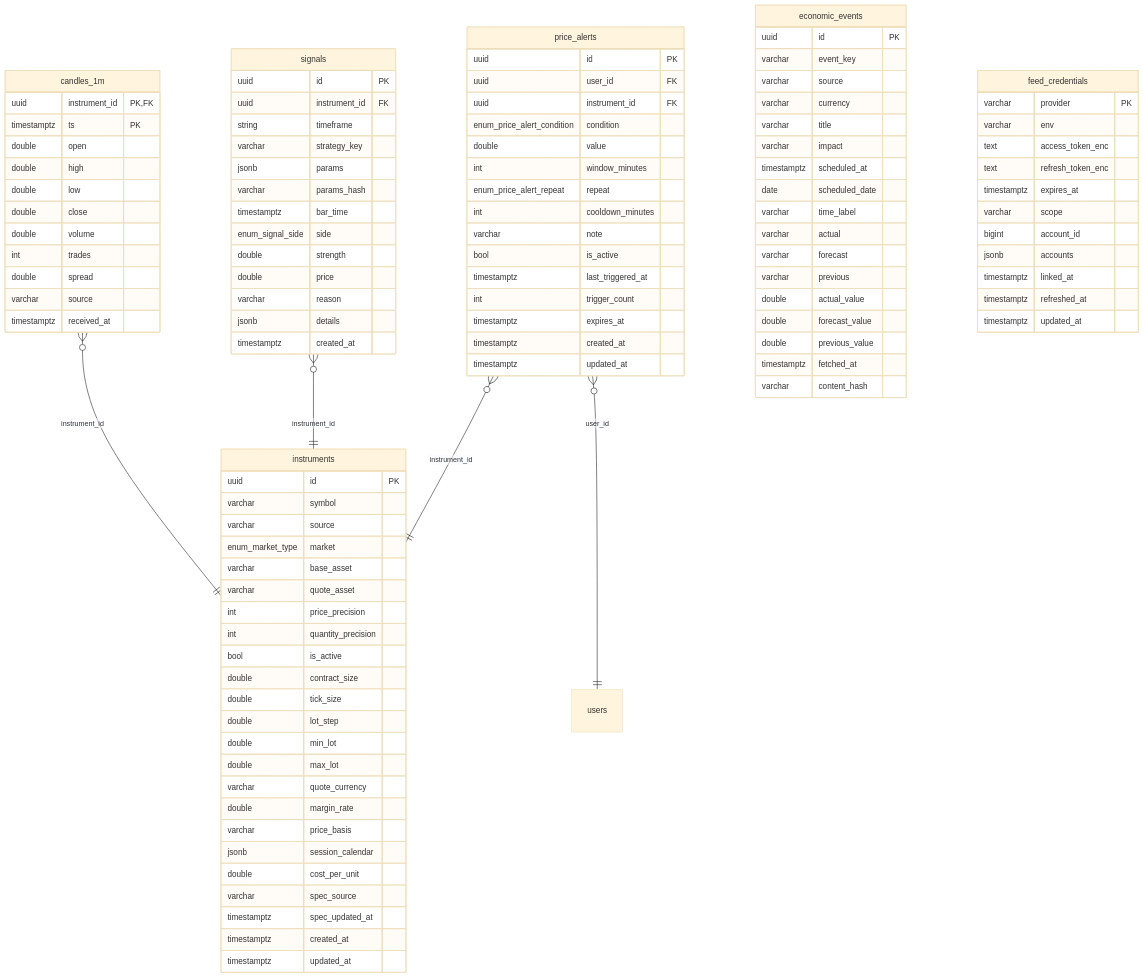
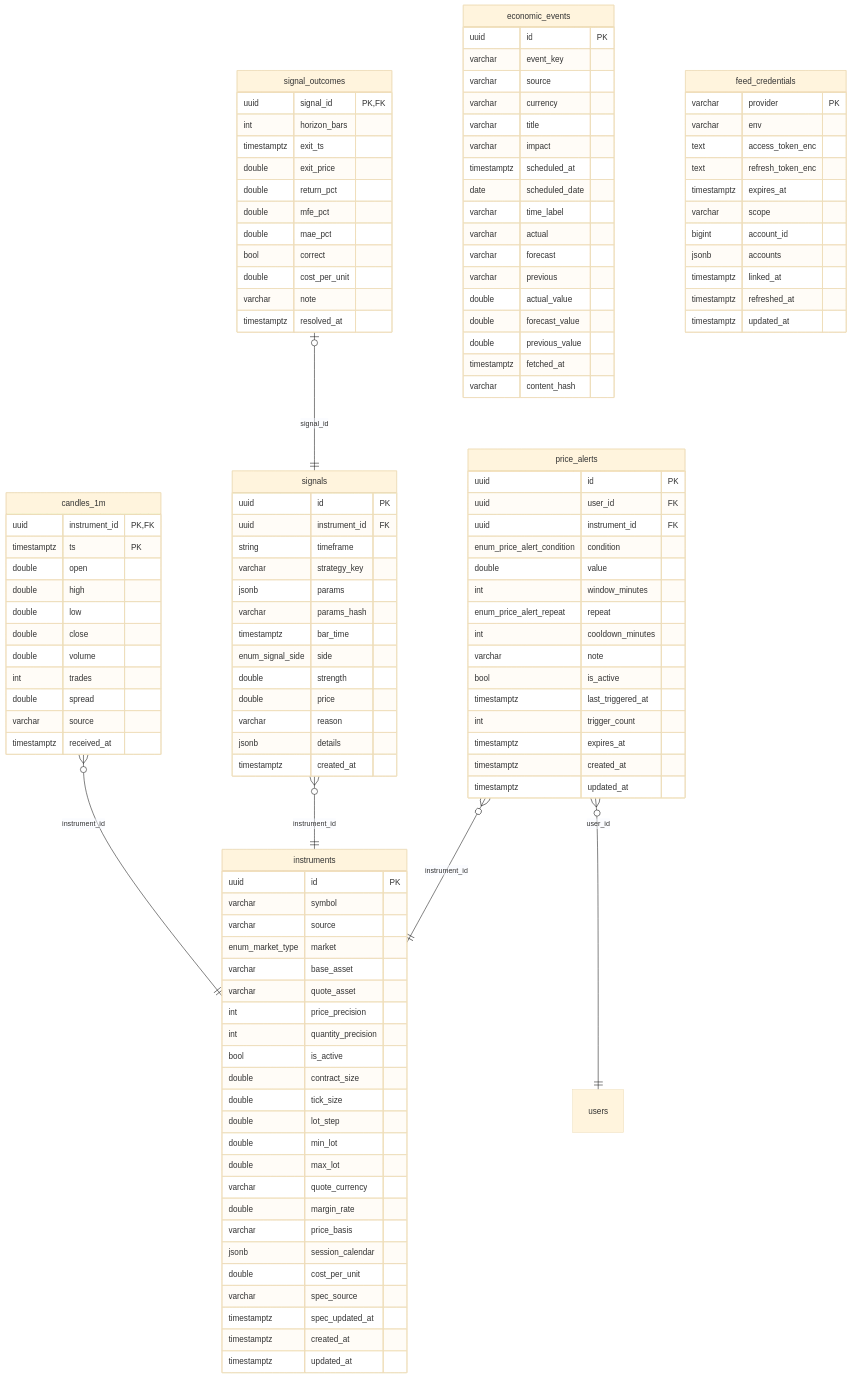
Before and after one commit to yazan-alsamman/ai-trading-analysis-system: the diagram in docs/erd/mmd/market.mmd, drawn with Mermaid (base theme). The commit also changed 8 other files, not shown here.

First line of the commit message:
Docs: predictions.md, regenerated OpenAPI and ERD (signal_outcomes)

```diff
--- a/docs/erd/mmd/market.mmd
+++ b/docs/erd/mmd/market.mmd
@@ -1,108 +1,122 @@
 erDiagram
     instruments {
         uuid id PK
         varchar symbol
         varchar source
         enum_market_type market
         varchar base_asset
         varchar quote_asset
         int price_precision
         int quantity_precision
         bool is_active
         double contract_size
         double tick_size
         double lot_step
         double min_lot
         double max_lot
         varchar quote_currency
         double margin_rate
         varchar price_basis
         jsonb session_calendar
         double cost_per_unit
         varchar spec_source
         timestamptz spec_updated_at
         timestamptz created_at
         timestamptz updated_at
     }
     candles_1m {
         uuid instrument_id PK, FK
         timestamptz ts PK
         double open
         double high
         double low
         double close
         double volume
         int trades
         double spread
         varchar source
         timestamptz received_at
     }
     signals {
         uuid id PK
         uuid instrument_id FK
         string timeframe
         varchar strategy_key
         jsonb params
         varchar params_hash
         timestamptz bar_time
         enum_signal_side side
         double strength
         double price
         varchar reason
         jsonb details
         timestamptz created_at
     }
+    signal_outcomes {
+        uuid signal_id PK, FK
+        int horizon_bars
+        timestamptz exit_ts
+        double exit_price
+        double return_pct
+        double mfe_pct
+        double mae_pct
+        bool correct
+        double cost_per_unit
+        varchar note
+        timestamptz resolved_at
+    }
     price_alerts {
         uuid id PK
         uuid user_id FK
         uuid instrument_id FK
         enum_price_alert_condition condition
         double value
         int window_minutes
         enum_price_alert_repeat repeat
         int cooldown_minutes
         varchar note
         bool is_active
         timestamptz last_triggered_at
         int trigger_count
         timestamptz expires_at
         timestamptz created_at
         timestamptz updated_at
     }
     economic_events {
         uuid id PK
         varchar event_key
         varchar source
         varchar currency
         varchar title
         varchar impact
         timestamptz scheduled_at
         date scheduled_date
         varchar time_label
         varchar actual
         varchar forecast
         varchar previous
         double actual_value
         double forecast_value
         double previous_value
         timestamptz fetched_at
         varchar content_hash
     }
     feed_credentials {
         varchar provider PK
         varchar env
         text access_token_enc
         text refresh_token_enc
         timestamptz expires_at
         varchar scope
         bigint account_id
         jsonb accounts
         timestamptz linked_at
         timestamptz refreshed_at
         timestamptz updated_at
     }
     users
     candles_1m }o--|| instruments : "instrument_id"
     price_alerts }o--|| instruments : "instrument_id"
     price_alerts }o--|| users : "user_id"
+    signal_outcomes |o--|| signals : "signal_id"
     signals }o--|| instruments : "instrument_id"
```
